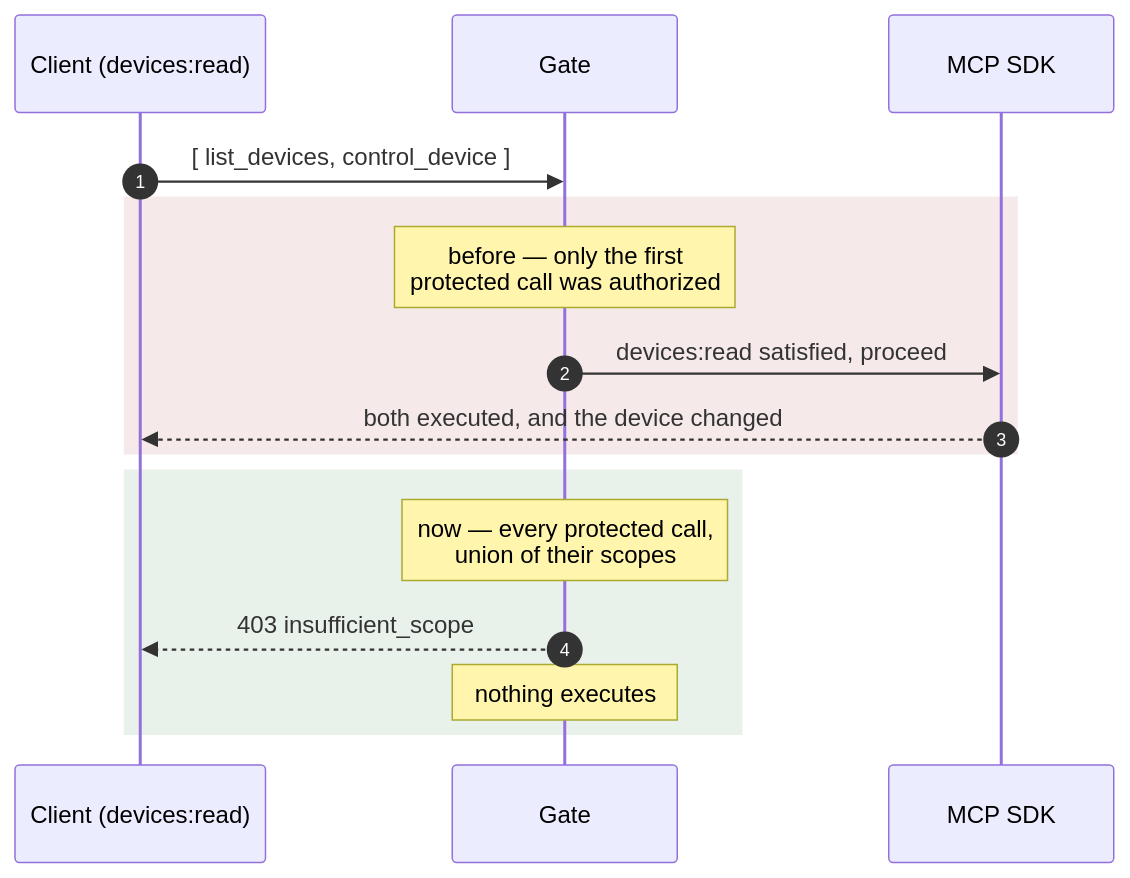
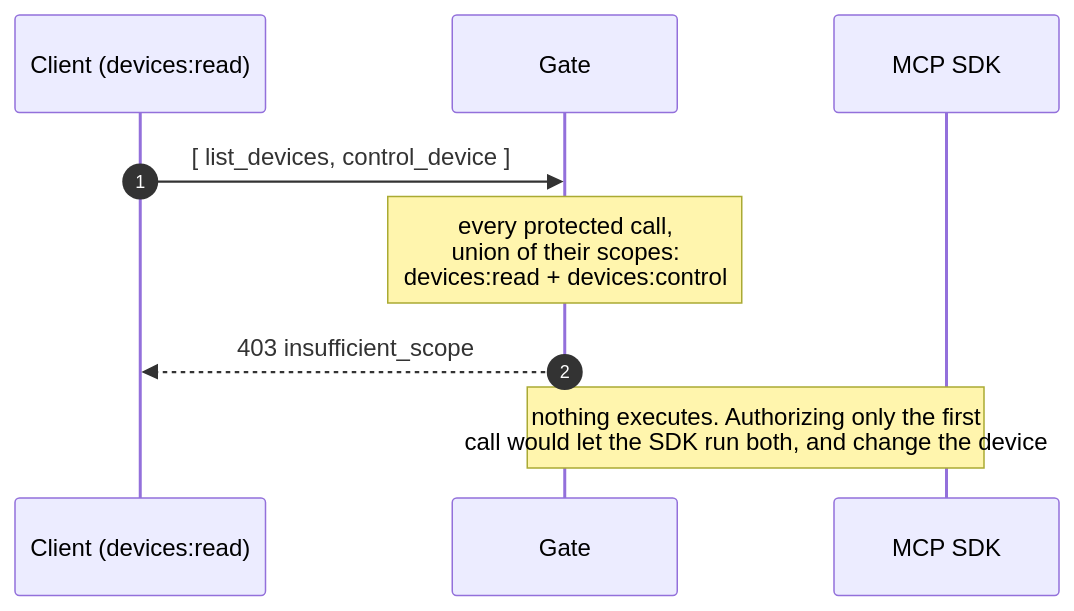
The seventh of 8 diagrams in docs/sequence-diagrams.md (ksypinro/MCP-UI), drawn with Mermaid before and after one commit. The commit also changed other lines of this file and 182 other files, not shown here.

````diff
--- a/docs/sequence-diagrams.md
+++ b/docs/sequence-diagrams.md
@@ -249,21 +251,13 @@
 ```mermaid
 sequenceDiagram
     autonumber
     participant C as Client (devices:read)
     participant G as Gate
     participant SDK as MCP SDK
 
     C->>G: [ list_devices, control_device ]
 
-    rect rgba(160, 40, 40, 0.10)
-    Note over G: before — only the first<br/>protected call was authorized
-    G->>SDK: devices:read satisfied, proceed
-    SDK-->>C: both executed, and the device changed
-    end
-
-    rect rgba(40, 120, 60, 0.10)
-    Note over G: now — every protected call,<br/>union of their scopes
+    Note over G: every protected call,<br/>union of their scopes:<br/>devices:read + devices:control
     G-->>C: 403 insufficient_scope
-    Note over G: nothing executes
-    end
+    Note over G,SDK: nothing executes. Authorizing only the first<br/>call would let the SDK run both, and change the device
 ```
````
